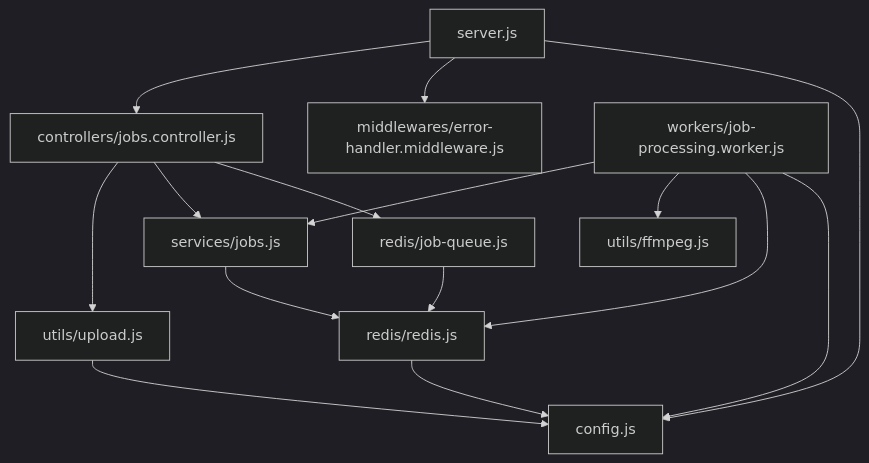
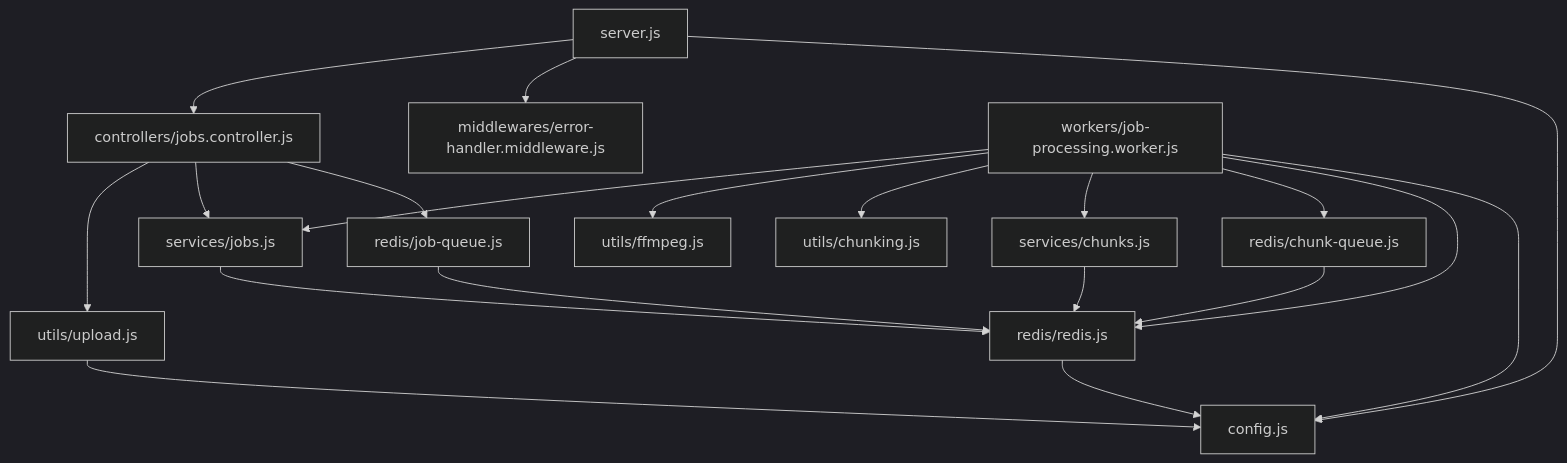
One commit to yahyalfc/audio-transcriptor changed the seventh of 8 diagrams in README.md. Above: the diagram before and after it, drawn with Mermaid (dark theme). The commit also changed other lines of this file and 9 other files, not shown here.

````diff
--- a/README.md
+++ b/README.md
@@ -222,17 +293,22 @@
 ```mermaid
 flowchart TD
     server[server.js] --> controller[controllers/jobs.controller.js]
     server --> errorHandler[middlewares/error-handler.middleware.js]
     server --> config[config.js]
     controller --> upload[utils/upload.js]
     controller --> service[services/jobs.js]
     controller --> queue[redis/job-queue.js]
     service --> redis[redis/redis.js]
     queue --> redis
     upload --> config
     redis --> config
     worker[workers/job-processing.worker.js] --> service
     worker --> ffmpeg[utils/ffmpeg.js]
+    worker --> chunking[utils/chunking.js]
+    worker --> chunkService[services/chunks.js]
+    worker --> chunkQueue[redis/chunk-queue.js]
+    chunkService --> redis
+    chunkQueue --> redis
     worker --> redis
     worker --> config
 ```
````
